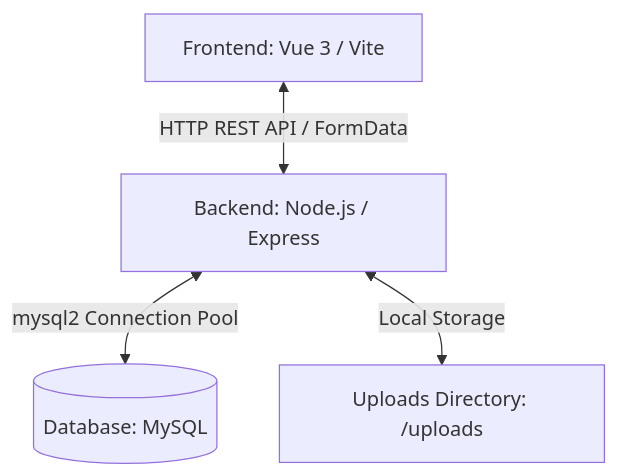
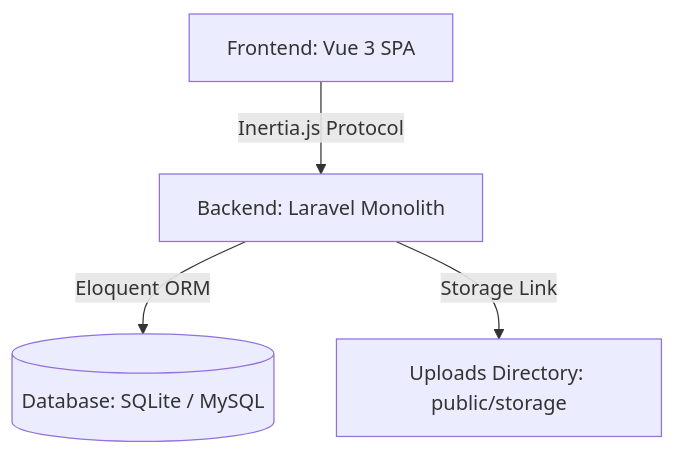
The first of 2 diagrams in ARCHITECTURE.md (celcious-cyber/alhikmah-laravel), drawn with Mermaid before and after one commit. The commit also changed 1 other file, not shown here.

Commit message:
docs: fix Mermaid diagram syntax and update monolithic system architecture

````diff
--- a/ARCHITECTURE.md
+++ b/ARCHITECTURE.md
@@ -11,6 +11,6 @@
 ```mermaid
 graph TD
-    Client[Frontend: Vue 3 / Vite] <-->|HTTP REST API / FormData| Server[Backend: Node.js / Express]
-    Server <-->|mysql2 Connection Pool| Database[(Database: MySQL)]
-    Server <-->|Local Storage| Uploads[Uploads Directory: /uploads]
+    Client[Frontend: Vue 3 SPA] -->|"Inertia.js Protocol"| Laravel[Backend: Laravel Monolith]
+    Laravel -->|Eloquent ORM| Database[(Database: SQLite / MySQL)]
+    Laravel -->|Storage Link| Uploads[Uploads Directory: public/storage]
 ```
````
